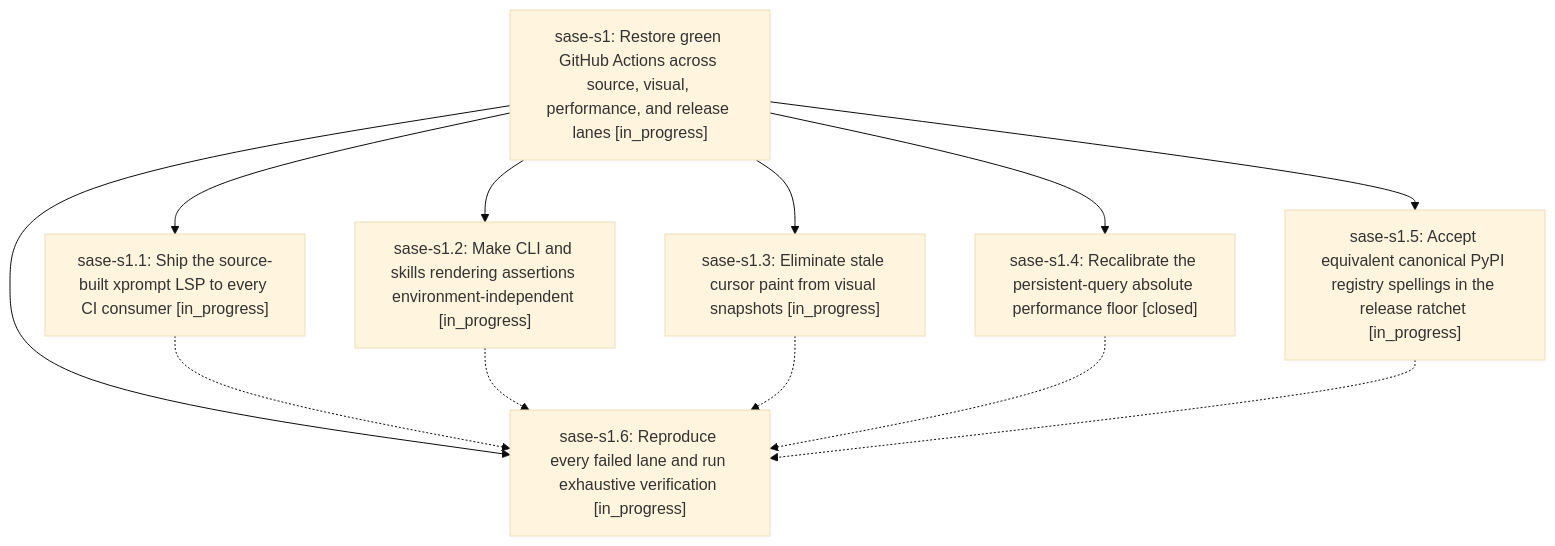
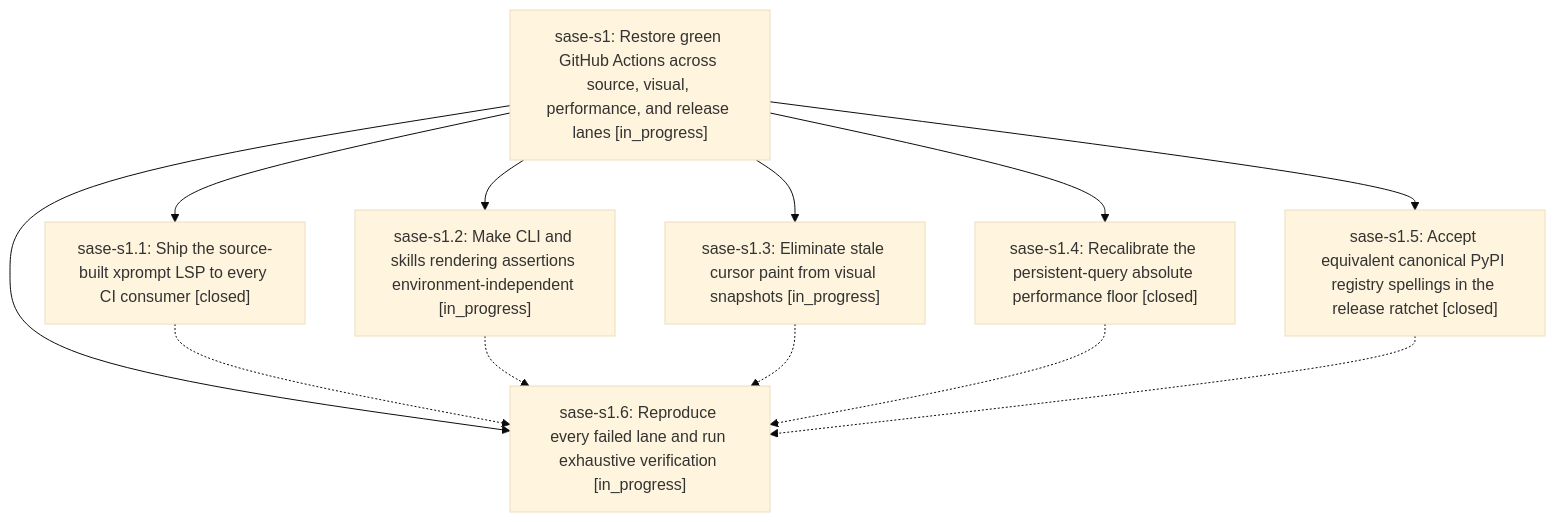
Before and after one commit to sase-org/sase--beads: the diagram in pages/sase-s1/README.md, drawn with Mermaid (base theme). The commit also changed other lines of this file and 3 other files, not shown here.

````diff
--- a/pages/sase-s1/README.md
+++ b/pages/sase-s1/README.md
@@ -31,21 +31,21 @@
 ```mermaid
 flowchart TD
     n0["sase-s1: Restore green GitHub Actions across source, visual, performance, and release lanes [in_progress]"]
-    n1["sase-s1.1: Ship the source-built xprompt LSP to every CI consumer [in_progress]"]
+    n1["sase-s1.1: Ship the source-built xprompt LSP to every CI consumer [closed]"]
     n2["sase-s1.2: Make CLI and skills rendering assertions environment-independent [in_progress]"]
     n3["sase-s1.3: Eliminate stale cursor paint from visual snapshots [in_progress]"]
     n4["sase-s1.4: Recalibrate the persistent-query absolute performance floor [closed]"]
-    n5["sase-s1.5: Accept equivalent canonical PyPI registry spellings in the release ratchet [in_progress]"]
+    n5["sase-s1.5: Accept equivalent canonical PyPI registry spellings in the release ratchet [closed]"]
     n6["sase-s1.6: Reproduce every failed lane and run exhaustive verification [in_progress]"]
     n0 --> n1
     n0 --> n2
     n0 --> n3
     n0 --> n4
     n0 --> n5
     n0 --> n6
     n1 -.-> n6
     n2 -.-> n6
     n3 -.-> n6
     n4 -.-> n6
     n5 -.-> n6
 ```
````
